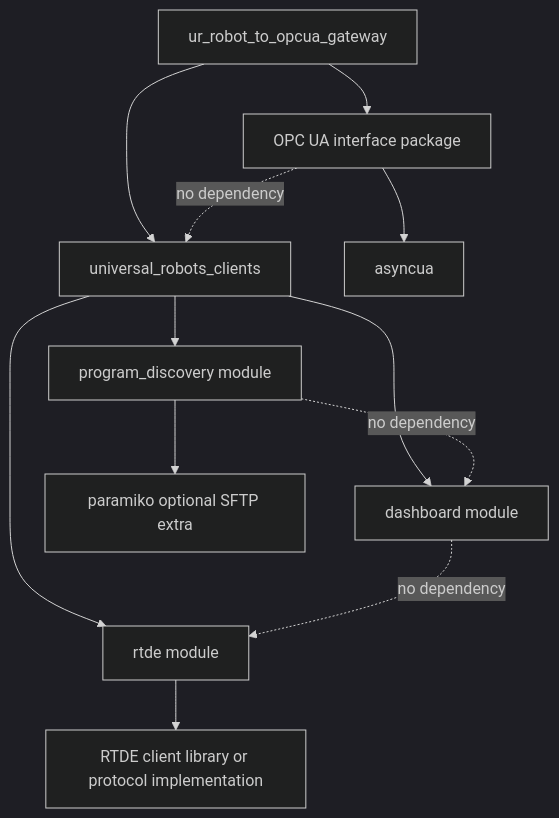
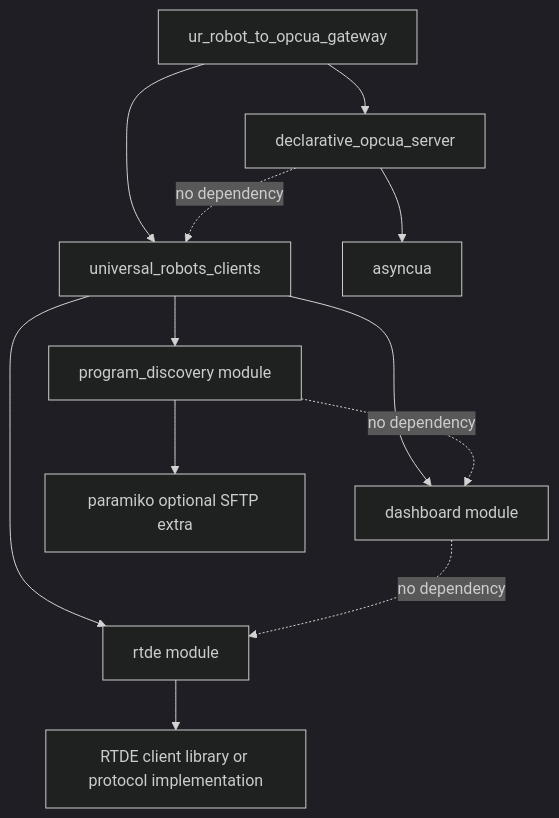
The second of 2 diagrams in docs/multi-protocol-gateway-architecture.md (CraigBuilds/ur_dashboard_to_opcua_gateway), drawn with Mermaid (dark theme) before and after one commit. The commit also changed other lines of this file and 2 other files, not shown here.

Commit message:
Align reusable package extraction roadmap

````diff
--- a/docs/multi-protocol-gateway-architecture.md
+++ b/docs/multi-protocol-gateway-architecture.md
@@ -381,17 +379,17 @@
 ```mermaid
 flowchart TD
-    Gateway["ur_robot_to_opcua_gateway"] --> OpcPackage["OPC UA interface package"]
+    Gateway["ur_robot_to_opcua_gateway"] --> OpcPackage["declarative_opcua_server"]
     Gateway --> UrClients["universal_robots_clients"]
 
     UrClients --> DashboardModule["dashboard module"]
     UrClients --> ProgramDiscoveryModule["program_discovery module"]
     UrClients --> RtdeModule["rtde module"]
 
     OpcPackage --> AsyncUa["asyncua"]
     ProgramDiscoveryModule --> Paramiko["paramiko optional SFTP extra"]
     RtdeModule --> RtdeLibrary["RTDE client library or protocol implementation"]
 
     DashboardModule -. no dependency .-> RtdeModule
     ProgramDiscoveryModule -. no dependency .-> DashboardModule
     OpcPackage -. no dependency .-> UrClients
 ```
````
